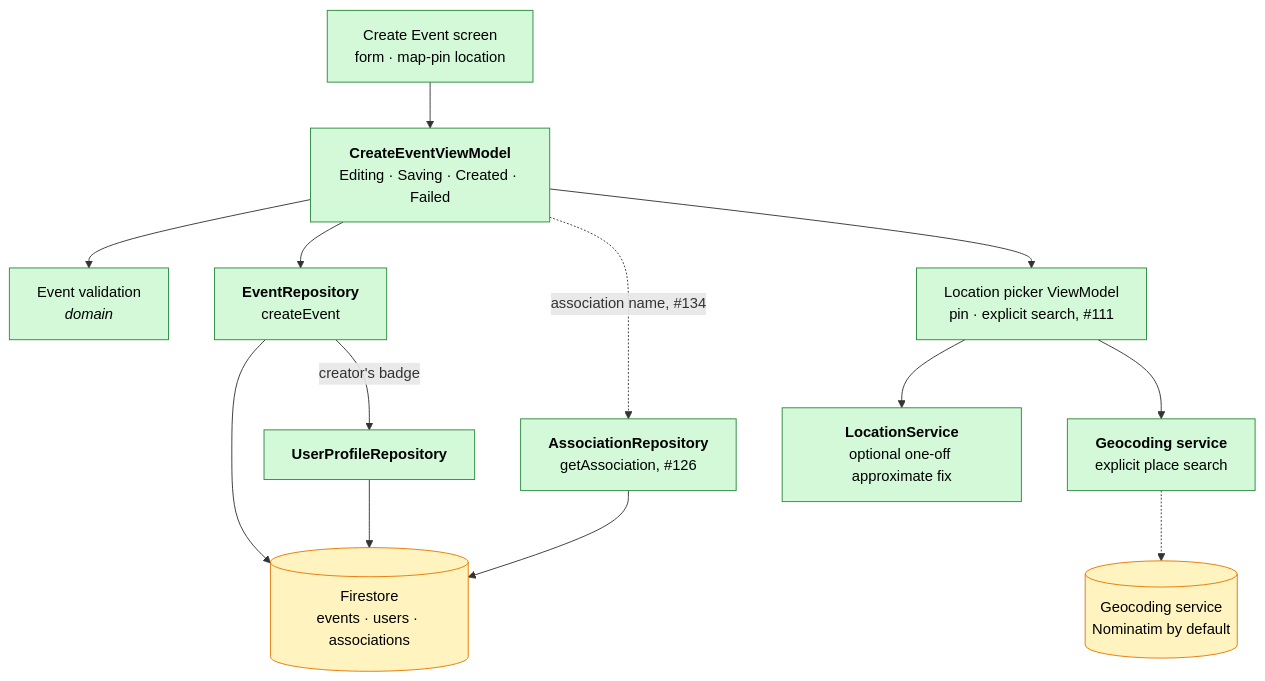
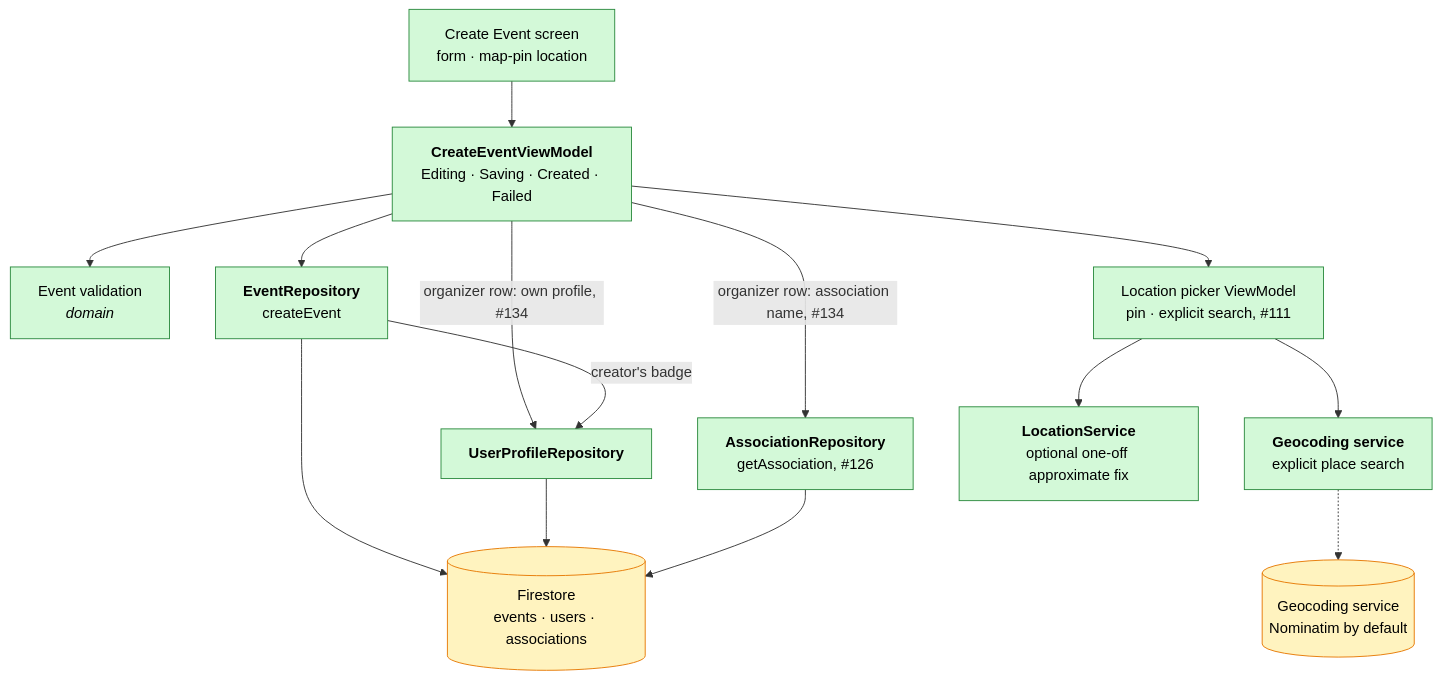
The fifth of 11 diagrams in docs/Architecture-Diagram.md (swent-polysocial/PolySocial), drawn with Mermaid before and after one commit. The commit also changed other lines of this file, not shown here.

Commit message:
docs: draw the organizer row on the diagram
The Create Event slice drew the association read as a planned, dashed
dependency. #134 builds it: CreateEventViewModel reads the user's
profile and, for a verified association, its associations/{uid} to
show the organizer row. Draw both reads as built and describe the row.

Refs #134

````diff
--- a/docs/Architecture-Diagram.md
+++ b/docs/Architecture-Diagram.md
@@ -161,19 +161,20 @@
 ```mermaid
 flowchart TB
   classDef s1 fill:#d3f9d8,stroke:#2b8a3e,color:#000
   classDef pb fill:#dbe4ff,stroke:#364fc7,color:#000
   classDef ext fill:#fff3bf,stroke:#e67700,color:#000
 
   createS["Create Event screen<br/>form · map-pin location"]:::s1 --> createVM["<b>CreateEventViewModel</b><br/>Editing · Saving · Created · Failed"]:::s1
   createVM --> valid["Event validation<br/><i>domain</i>"]:::s1
   createVM --> ev["<b>EventRepository</b><br/>createEvent"]:::s1
-  createVM -. "association name, #134" .-> assoc["<b>AssociationRepository</b><br/>getAssociation, #126"]:::s1
+  createVM -- "organizer row: own profile, #134" --> prof
+  createVM -- "organizer row: association name, #134" --> assoc["<b>AssociationRepository</b><br/>getAssociation, #126"]:::s1
   ev -- "creator's badge" --> prof["<b>UserProfileRepository</b>"]:::s1
   createVM --> picker["Location picker ViewModel<br/>pin · explicit search, #111"]:::s1
   picker --> geo["<b>Geocoding service</b><br/>explicit place search"]:::s1
   picker --> loc["<b>LocationService</b><br/>optional one-off approximate fix"]:::s1
   ev --> fs[("Firestore<br/>events · users · associations")]:::ext
   prof --> fs
   assoc --> fs
   geo -.-> nom[("Geocoding service<br/>Nominatim by default")]:::ext
 ```
````
